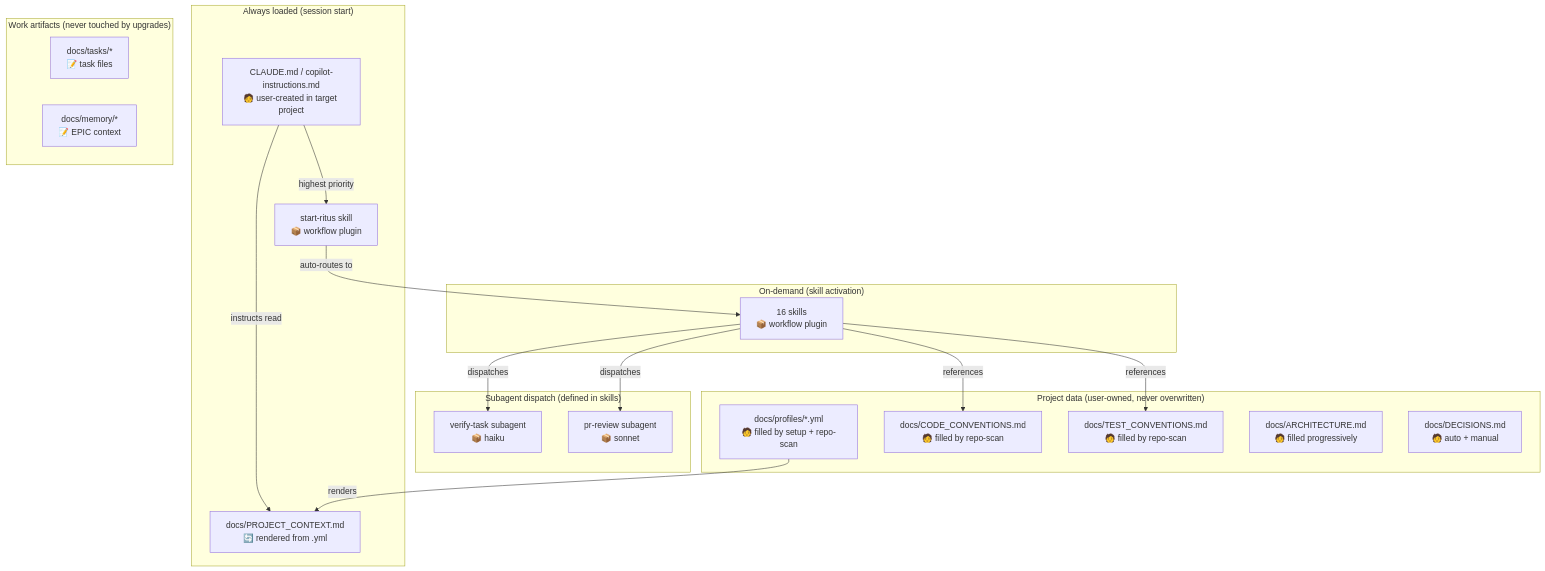
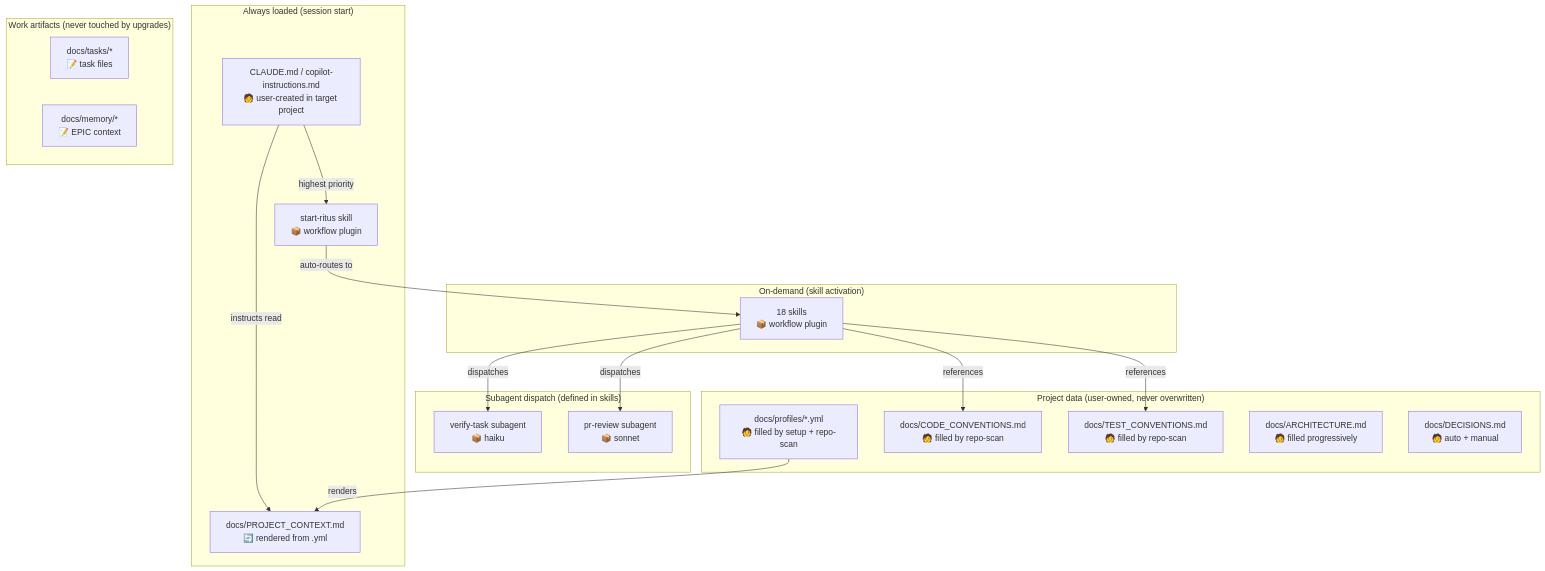
Before and after one commit to precise-alloy/ritus: the seventh of 7 diagrams in docs/WORKFLOW_DIAGRAMS.md, drawn with Mermaid. The commit also changed other lines of this file and 15 other files, not shown here.

````diff
--- a/docs/WORKFLOW_DIAGRAMS.md
+++ b/docs/WORKFLOW_DIAGRAMS.md
@@ -207,39 +226,39 @@
 ```mermaid
 flowchart TD
     subgraph "Always loaded (session start)"
         CL["CLAUDE.md / copilot-instructions.md\n🧑 user-created in target project"]
         AG["start-ritus skill\n📦 workflow plugin"]
         PC["docs/PROJECT_CONTEXT.md\n🔄 rendered from .yml"]
     end
 
     subgraph "On-demand (skill activation)"
-        SK["16 skills\n📦 workflow plugin"]
+        SK["18 skills\n📦 workflow plugin"]
     end
 
     subgraph "Subagent dispatch (defined in skills)"
         VT["verify-task subagent\n📦 haiku"]
         CR["pr-review subagent\n📦 sonnet"]
     end
 
     subgraph "Project data (user-owned, never overwritten)"
         YML["docs/profiles/*.yml\n🧑 filled by setup + repo-scan"]
         COD["docs/CODE_CONVENTIONS.md\n🧑 filled by repo-scan"]
         TST["docs/TEST_CONVENTIONS.md\n🧑 filled by repo-scan"]
         ARCH["docs/ARCHITECTURE.md\n🧑 filled progressively"]
         DEC["docs/DECISIONS.md\n🧑 auto + manual"]
     end
 
     subgraph "Work artifacts (never touched by upgrades)"
         TASKS["docs/tasks/*\n📝 task files"]
         MEM["docs/memory/*\n📝 EPIC context"]
     end
 
     CL -->|"highest priority"| AG
     CL -->|"instructs read"| PC
     AG -->|"auto-routes to"| SK
     SK -->|"dispatches"| VT
     SK -->|"dispatches"| CR
     YML -->|"renders"| PC
     SK -->|"references"| COD
     SK -->|"references"| TST
 ```
````
